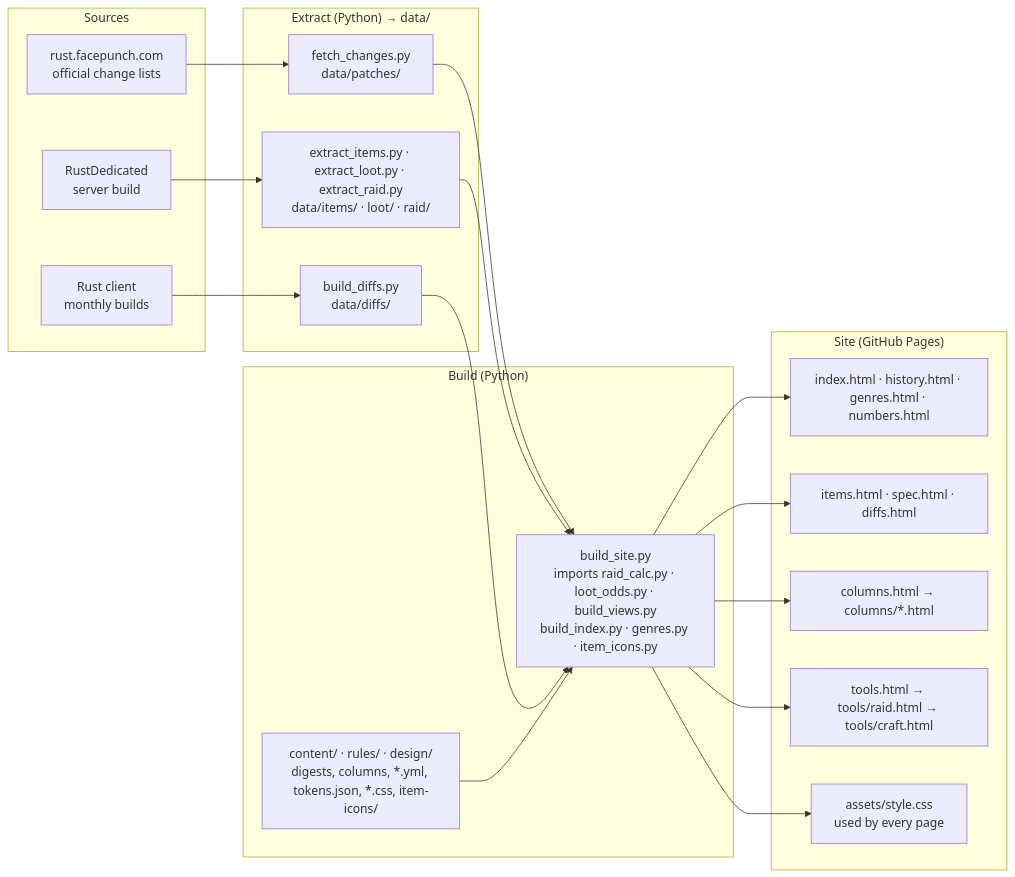
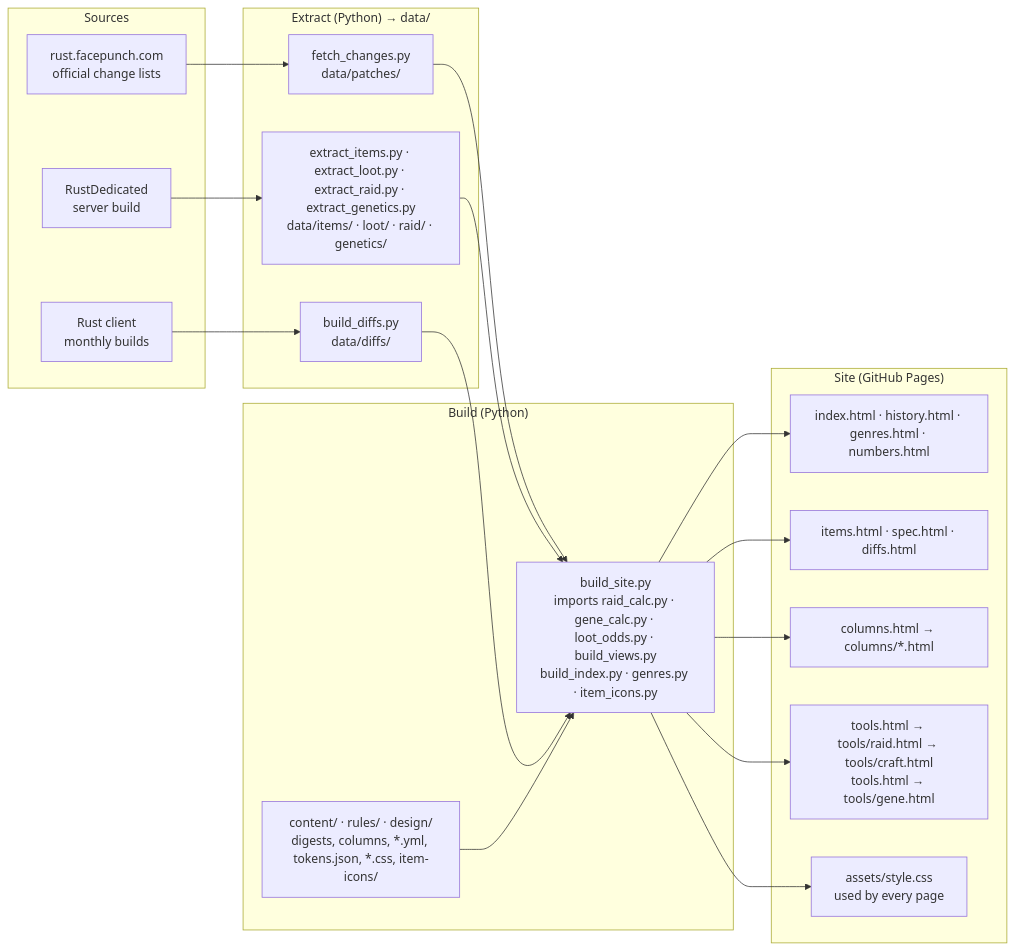
One commit to maco165/rust-patch-notes changed the diagram in README.en.md. Above: the diagram before and after it, drawn with Mermaid. The commit also changed other lines of this file and 12 other files, not shown here.

````diff
--- a/README.en.md
+++ b/README.en.md
@@ -13,36 +13,36 @@
 ```mermaid
 flowchart LR
   subgraph S["Sources"]
     s1["rust.facepunch.com<br/>official change lists"]
     s2["RustDedicated<br/>server build"]
     s3["Rust client<br/>monthly builds"]
   end
   subgraph E["Extract (Python) → data/"]
     e1["fetch_changes.py<br/>data/patches/"]
-    e2["extract_items.py · extract_loot.py · extract_raid.py<br/>data/items/ · loot/ · raid/"]
+    e2["extract_items.py · extract_loot.py · extract_raid.py · extract_genetics.py<br/>data/items/ · loot/ · raid/ · genetics/"]
     e3["build_diffs.py<br/>data/diffs/"]
   end
   subgraph B["Build (Python)"]
-    b1["build_site.py<br/>imports raid_calc.py · loot_odds.py · build_views.py<br/>build_index.py · genres.py · item_icons.py"]
+    b1["build_site.py<br/>imports raid_calc.py · gene_calc.py · loot_odds.py · build_views.py<br/>build_index.py · genres.py · item_icons.py"]
     b2["content/ · rules/ · design/<br/>digests, columns, *.yml, tokens.json, *.css, item-icons/"]
   end
   subgraph W["Site (GitHub Pages)"]
     w1["index.html · history.html · genres.html · numbers.html"]
     w2["items.html · spec.html · diffs.html"]
     w3["columns.html → columns/*.html"]
-    w4["tools.html → tools/raid.html → tools/craft.html"]
+    w4["tools.html → tools/raid.html → tools/craft.html<br/>tools.html → tools/gene.html"]
     w5["assets/style.css<br/>used by every page"]
   end
   s1 --> e1
   s2 --> e2
   s3 --> e3
   e1 --> b1
   e2 --> b1
   e3 --> b1
   b2 --> b1
   b1 --> w1
   b1 --> w2
   b1 --> w3
   b1 --> w4
   b1 --> w5
 ```
````
